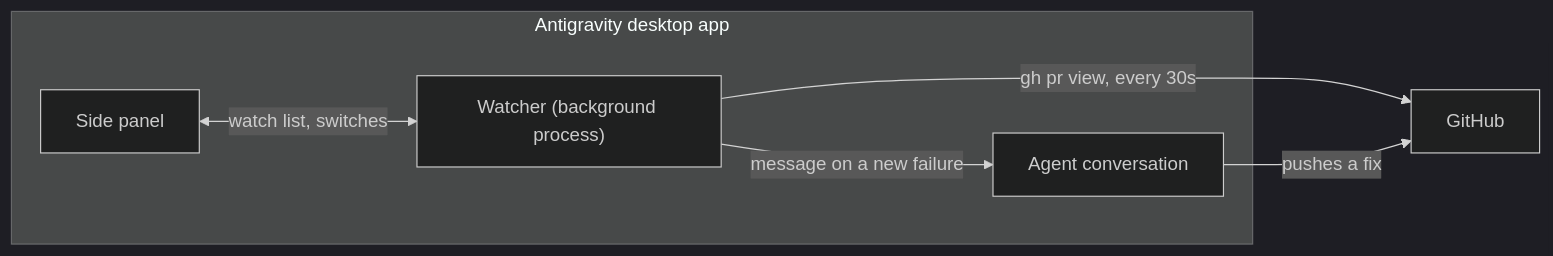
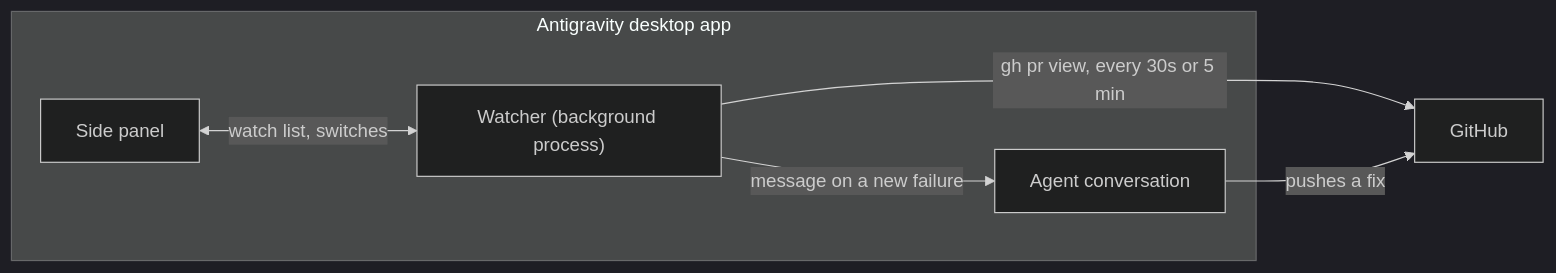
One commit to VitruvianSoftware/vitruvian-core changed the diagram in apps/desktop/antigravity/plugins/pr-watch/docs/index.md. Above: the diagram before and after it, drawn with Mermaid (dark theme). The commit also changed other lines of this file and 13 other files, not shown here.

````diff
--- a/apps/desktop/antigravity/plugins/pr-watch/docs/index.md
+++ b/apps/desktop/antigravity/plugins/pr-watch/docs/index.md
@@ -9,12 +9,12 @@
 ```mermaid
 flowchart LR
     subgraph app["Antigravity desktop app"]
         panel["Side panel"]
         watcher["Watcher (background process)"]
         conv["Agent conversation"]
     end
     panel <-- "watch list, switches" --> watcher
-    watcher -- "gh pr view, every 30s" --> github["GitHub"]
+    watcher -- "gh pr view, every 30s or 5 min" --> github["GitHub"]
     watcher -- "message on a new failure" --> conv
     conv -- "pushes a fix" --> github
 ```
````
